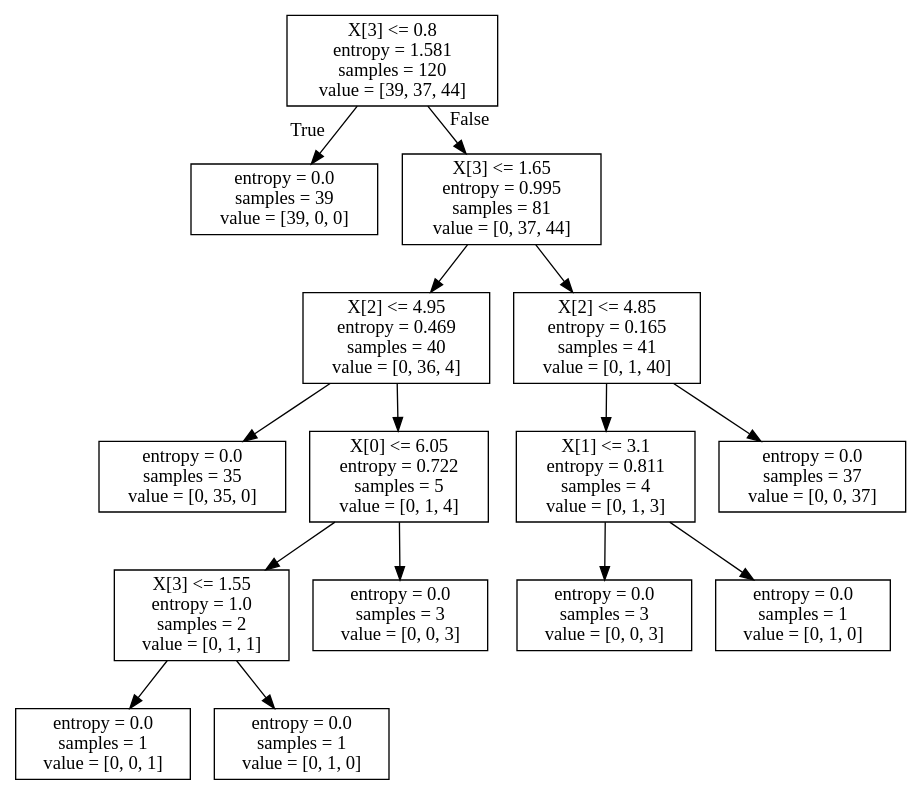
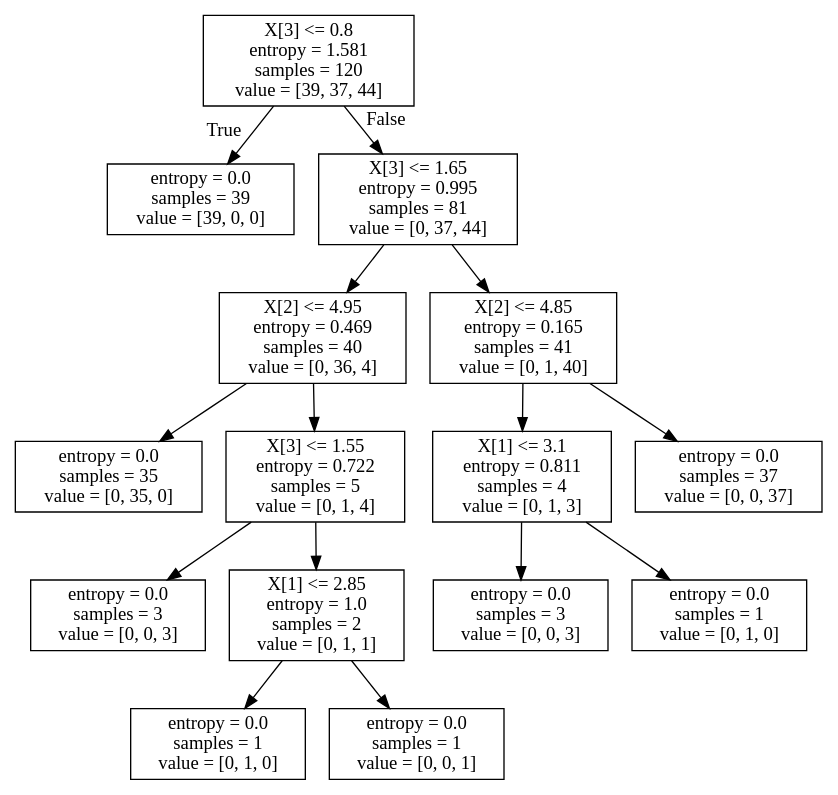
One commit to zhuanzhe117/machine_learning changed the diagram in data_analysis/data/tree.dot. Above: the diagram before and after it, drawn with Graphviz. The commit also changed 3 other files, not shown here.

```diff
--- a/data_analysis/data/tree.dot
+++ b/data_analysis/data/tree.dot
@@ -1,32 +1,32 @@
 digraph Tree {
 node [shape=box] ;
 0 [label="X[3] <= 0.8\nentropy = 1.581\nsamples = 120\nvalue = [39, 37, 44]"] ;
 1 [label="entropy = 0.0\nsamples = 39\nvalue = [39, 0, 0]"] ;
 0 -> 1 [labeldistance=2.5, labelangle=45, headlabel="True"] ;
 2 [label="X[3] <= 1.65\nentropy = 0.995\nsamples = 81\nvalue = [0, 37, 44]"] ;
 0 -> 2 [labeldistance=2.5, labelangle=-45, headlabel="False"] ;
 3 [label="X[2] <= 4.95\nentropy = 0.469\nsamples = 40\nvalue = [0, 36, 4]"] ;
 2 -> 3 ;
 4 [label="entropy = 0.0\nsamples = 35\nvalue = [0, 35, 0]"] ;
 3 -> 4 ;
-5 [label="X[0] <= 6.05\nentropy = 0.722\nsamples = 5\nvalue = [0, 1, 4]"] ;
+5 [label="X[3] <= 1.55\nentropy = 0.722\nsamples = 5\nvalue = [0, 1, 4]"] ;
 3 -> 5 ;
-6 [label="X[3] <= 1.55\nentropy = 1.0\nsamples = 2\nvalue = [0, 1, 1]"] ;
+6 [label="entropy = 0.0\nsamples = 3\nvalue = [0, 0, 3]"] ;
 5 -> 6 ;
-7 [label="entropy = 0.0\nsamples = 1\nvalue = [0, 0, 1]"] ;
-6 -> 7 ;
+7 [label="X[1] <= 2.85\nentropy = 1.0\nsamples = 2\nvalue = [0, 1, 1]"] ;
+5 -> 7 ;
 8 [label="entropy = 0.0\nsamples = 1\nvalue = [0, 1, 0]"] ;
-6 -> 8 ;
-9 [label="entropy = 0.0\nsamples = 3\nvalue = [0, 0, 3]"] ;
-5 -> 9 ;
+7 -> 8 ;
+9 [label="entropy = 0.0\nsamples = 1\nvalue = [0, 0, 1]"] ;
+7 -> 9 ;
 10 [label="X[2] <= 4.85\nentropy = 0.165\nsamples = 41\nvalue = [0, 1, 40]"] ;
 2 -> 10 ;
 11 [label="X[1] <= 3.1\nentropy = 0.811\nsamples = 4\nvalue = [0, 1, 3]"] ;
 10 -> 11 ;
 12 [label="entropy = 0.0\nsamples = 3\nvalue = [0, 0, 3]"] ;
 11 -> 12 ;
 13 [label="entropy = 0.0\nsamples = 1\nvalue = [0, 1, 0]"] ;
 11 -> 13 ;
 14 [label="entropy = 0.0\nsamples = 37\nvalue = [0, 0, 37]"] ;
 10 -> 14 ;
 }
```
